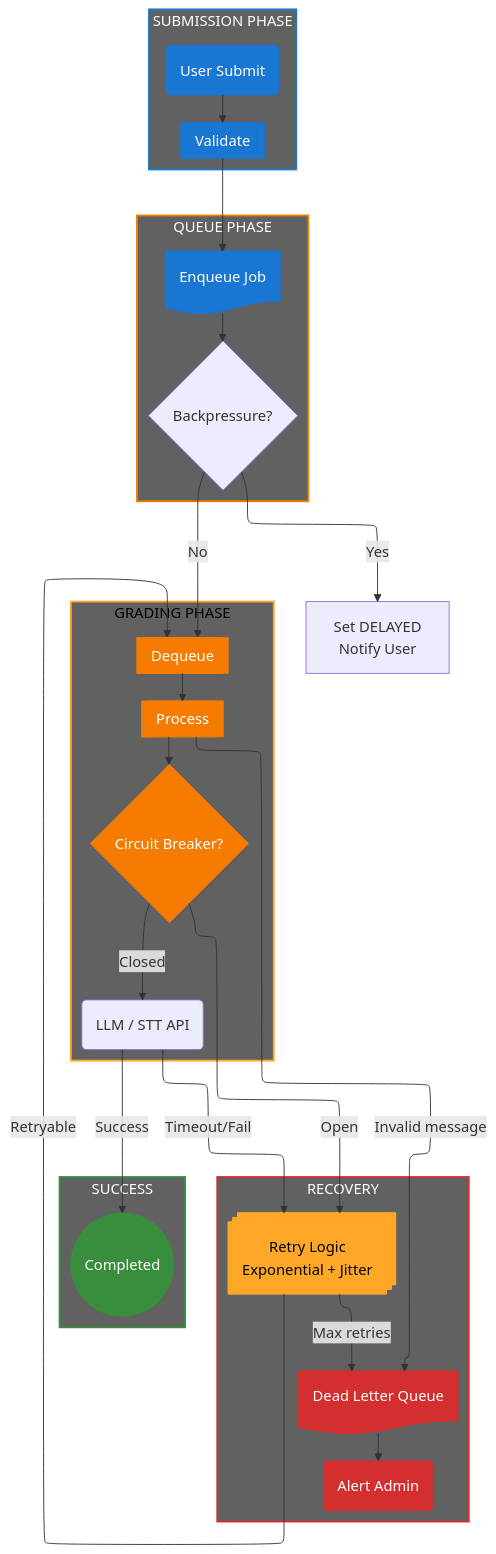
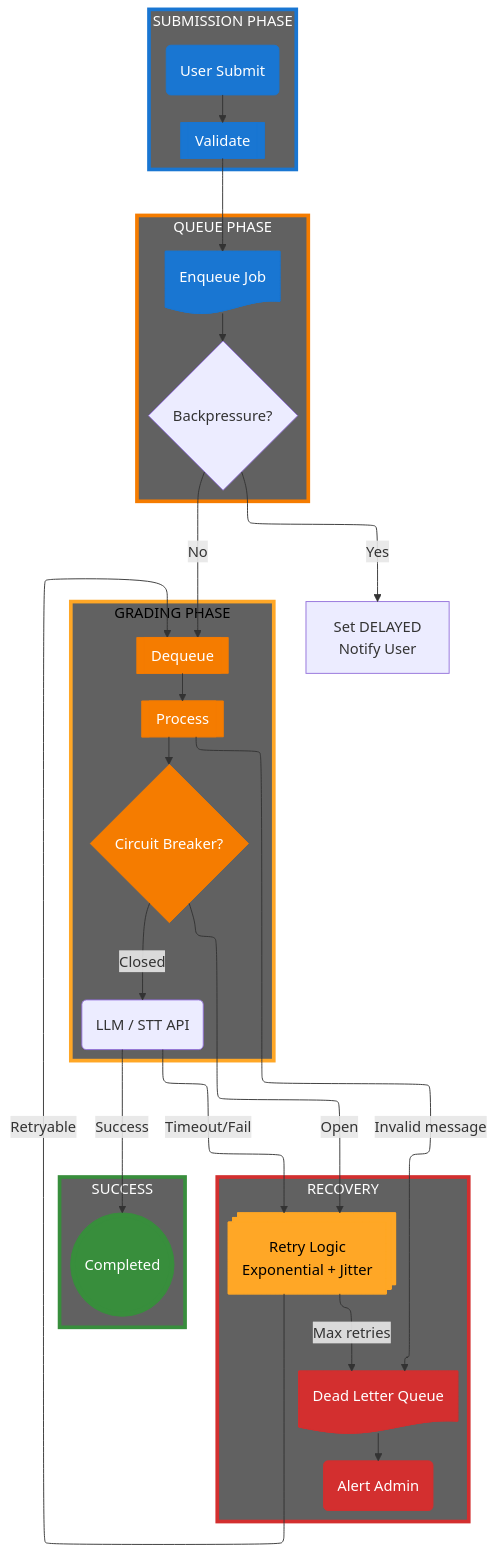
One commit to nghyane/VSTEP changed the third of 12 diagrams in docs/capstone/diagrams/flow-diagrams.vi.md. Above: the diagram before and after it, drawn with Mermaid. The commit also changed other lines of this file, not shown here.

First line of the commit message:
fix(docs): increase box stroke width to 4px for better visibility

````diff
--- a/docs/capstone/diagrams/flow-diagrams.vi.md
+++ b/docs/capstone/diagrams/flow-diagrams.vi.md
@@ -164,75 +164,75 @@
 ```mermaid
 ---
 config:
   layout: elk
 ---
 flowchart TB
     subgraph Submission["SUBMISSION PHASE"]
         Submit@{ shape: rounded, label: "User Submit" }
         Validate@{ shape: fr-rect, label: "Validate" }
     end
 
     subgraph QueuePhase["QUEUE PHASE"]
         Enqueue@{ shape: doc, label: "Enqueue Job" }
         Backpressure@{ shape: diam, label: "Backpressure?" }
     end
 
     subgraph Processing["GRADING PHASE"]
         Dequeue@{ shape: fr-rect, label: "Dequeue" }
         Process@{ shape: fr-rect, label: "Process" }
         Circuit@{ shape: diam, label: "Circuit Breaker?" }
         External@{ shape: rounded, label: "LLM / STT API" }
     end
 
     subgraph Recovery["RECOVERY"]
         Retry@{ shape: st-rect, label: "Retry Logic\nExponential + Jitter" }
         DLQ@{ shape: doc, label: "Dead Letter Queue" }
         Alert@{ shape: rounded, label: "Alert Admin" }
     end
 
     subgraph Success["SUCCESS"]
         Complete@{ shape: dbl-circ, label: "Completed" }
     end
 
     Submit --> Validate --> Enqueue --> Backpressure
     Backpressure -->|"No"| Dequeue
     Backpressure -->|"Yes"| Delayed["Set DELAYED\nNotify User"]
     
     Dequeue --> Process --> Circuit
     Circuit -->|"Closed"| External
     Circuit -->|"Open"| Retry
     
     External -->|"Success"| Complete
     External -->|"Timeout/Fail"| Retry
     
     Retry -->|"Retryable"| Dequeue
     Retry -->|"Max retries"| DLQ --> Alert
     
     Process -->|"Invalid message"| DLQ
 
     %% Nodes
     classDef normal fill:#1976d2,stroke:#1976d2,color:#fff
     classDef decision fill:#f57c00,stroke:#f57c00,color:#fff
     classDef warning fill:#ffa726,stroke:#ffa726,color:#000
     classDef error fill:#d32f2f,stroke:#d32f2f,color:#fff
     classDef success fill:#388e3c,stroke:#388e3c,color:#fff
 
     %% Boxes - mid-gray fill with colored border
-    classDef normalBox fill:#616161,stroke:#1976d2,stroke-width:2px,color:#fff
-    classDef queueBox fill:#616161,stroke:#f57c00,stroke-width:2px,color:#fff
-    classDef processBox fill:#616161,stroke:#ffa726,stroke-width:2px,color:#000
-    classDef errorBox fill:#616161,stroke:#d32f2f,stroke-width:2px,color:#fff
-    classDef successBox fill:#616161,stroke:#388e3c,stroke-width:2px,color:#fff
+    classDef normalBox fill:#616161,stroke:#1976d2,stroke-width:4px,color:#fff
+    classDef queueBox fill:#616161,stroke:#f57c00,stroke-width:4px,color:#fff
+    classDef processBox fill:#616161,stroke:#ffa726,stroke-width:4px,color:#000
+    classDef errorBox fill:#616161,stroke:#d32f2f,stroke-width:4px,color:#fff
+    classDef successBox fill:#616161,stroke:#388e3c,stroke-width:4px,color:#fff
 
     class Submission normalBox
     class QueuePhase queueBox
     class Processing processBox
     class Recovery errorBox
     class Success successBox
 
     class Submit,Validate,SaveLocal,Enqueue,QueueMonitor normal
     class Dequeue,Process,Circuit,LLMCall,STTCall decision
     class Retry warning
     class DLQ,Alert error
     class Complete success
 ```
````
